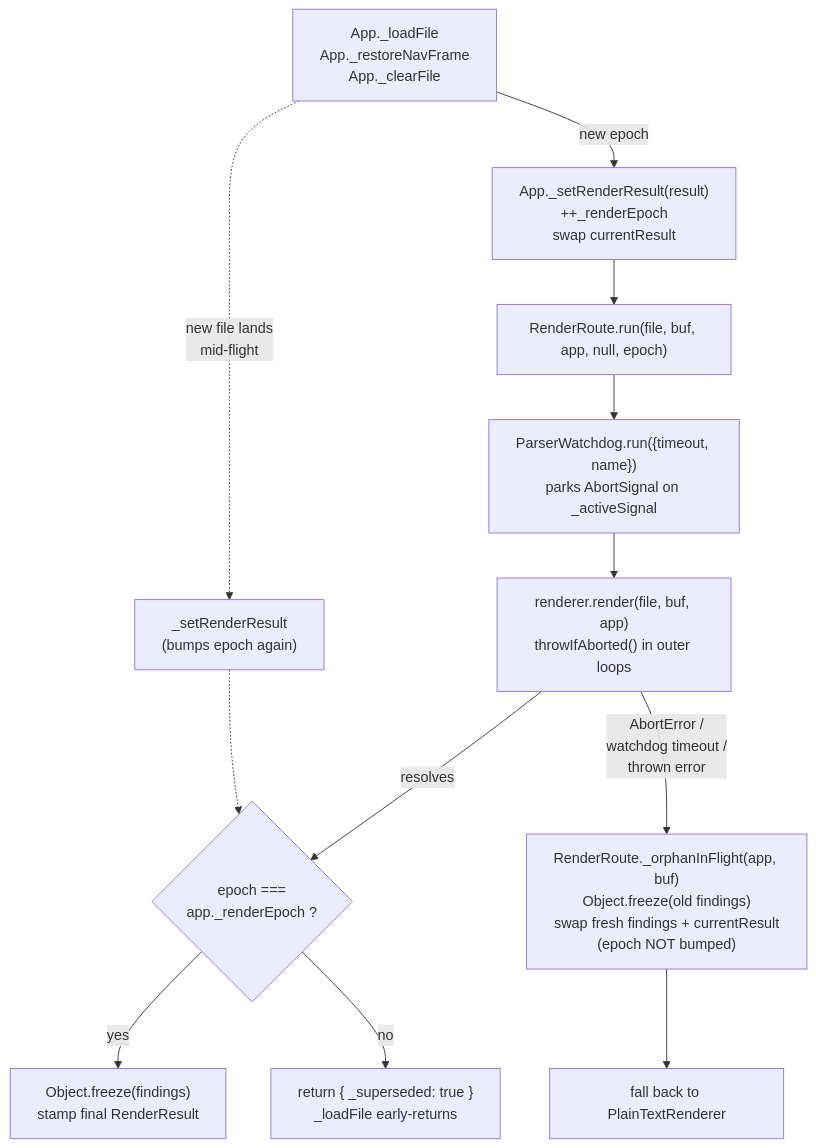
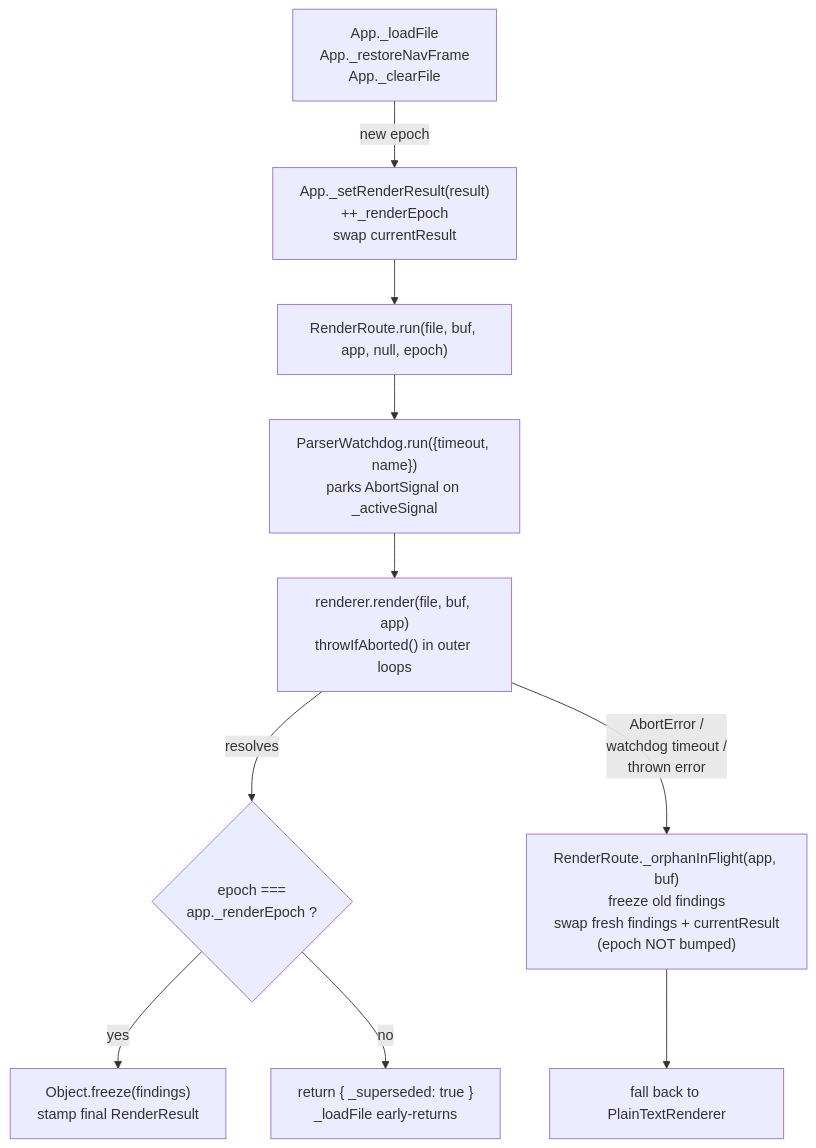
The second of 2 diagrams in CONTRIBUTING.md (Loupe-tools/Loupe), drawn with Mermaid before and after one commit. The commit also changed other lines of this file and 4 other files, not shown here.

````diff
--- a/CONTRIBUTING.md
+++ b/CONTRIBUTING.md
@@ -314,23 +237,20 @@
 ```mermaid
 flowchart TD
     Caller["App._loadFile<br/>App._restoreNavFrame<br/>App._clearFile"]
     SRR["App._setRenderResult(result)<br/>++_renderEpoch<br/>swap currentResult"]
     Run["RenderRoute.run(file, buf, app, null, epoch)"]
     PW["ParserWatchdog.run({timeout, name})<br/>parks AbortSignal on _activeSignal"]
     Renderer["renderer.render(file, buf, app)<br/>throwIfAborted() in outer loops"]
 
     Caller -->|"new epoch"| SRR
     SRR --> Run
     Run --> PW
     PW --> Renderer
 
     Renderer -->|"resolves"| Check{"epoch ===<br/>app._renderEpoch ?"}
     Check -- yes --> OK["Object.freeze(findings)<br/>stamp final RenderResult"]
     Check -- no --> SUP["return { _superseded: true }<br/>_loadFile early-returns"]
 
-    Renderer -->|"AbortError /<br/>watchdog timeout /<br/>thrown error"| Orphan["RenderRoute._orphanInFlight(app, buf)<br/>Object.freeze(old findings)<br/>swap fresh findings + currentResult<br/>(epoch NOT bumped)"]
+    Renderer -->|"AbortError /<br/>watchdog timeout /<br/>thrown error"| Orphan["RenderRoute._orphanInFlight(app, buf)<br/>freeze old findings<br/>swap fresh findings + currentResult<br/>(epoch NOT bumped)"]
     Orphan --> PT["fall back to PlainTextRenderer"]
-
-    Caller -.->|"new file lands<br/>mid-flight"| SRR2["_setRenderResult<br/>(bumps epoch again)"]
-    SRR2 -.-> Check
 ```
````
